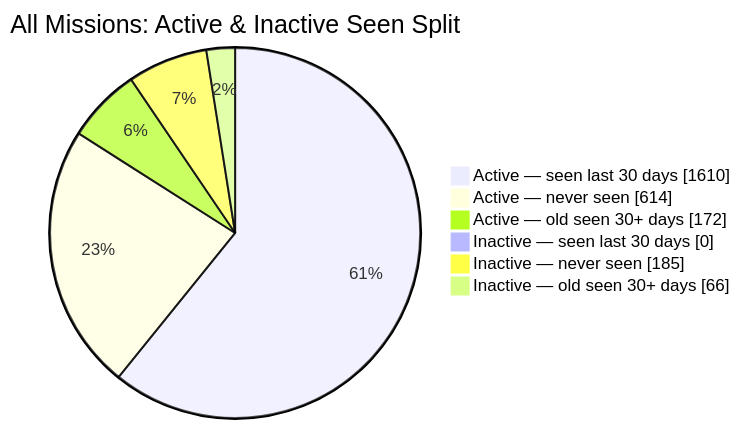
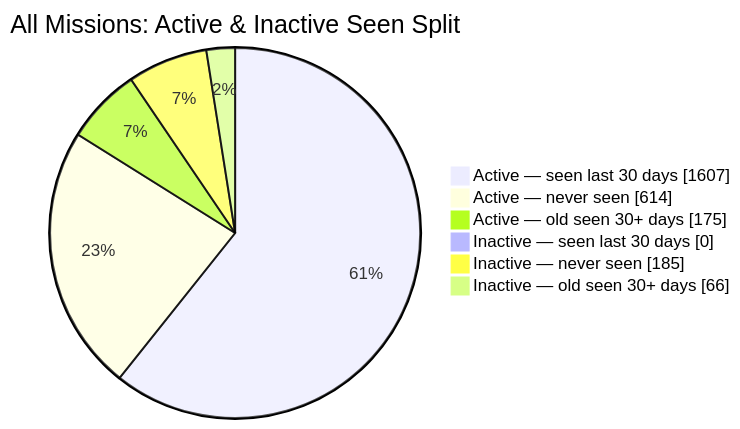
The second of 2 diagrams in README.md (MeldkamerspelGameTeam/active-missions), drawn with Mermaid before and after one commit. The commit also changed other lines of this file and 3 other files, not shown here.

````diff
--- a/README.md
+++ b/README.md
@@ -44,10 +44,10 @@
 ```mermaid
 pie showData
     title All Missions: Active & Inactive Seen Split
-    "Active — seen last 30 days" : 1610
+    "Active — seen last 30 days" : 1607
     "Active — never seen" : 614
-    "Active — old seen 30+ days" : 172
+    "Active — old seen 30+ days" : 175
     "Inactive — seen last 30 days" : 0
     "Inactive — never seen" : 185
     "Inactive — old seen 30+ days" : 66
 ```
````
